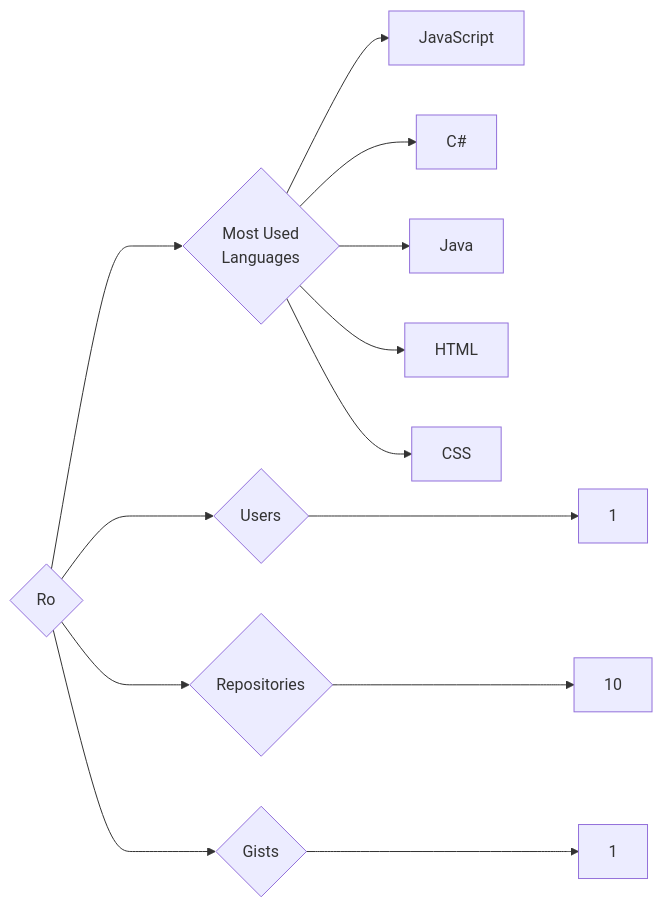
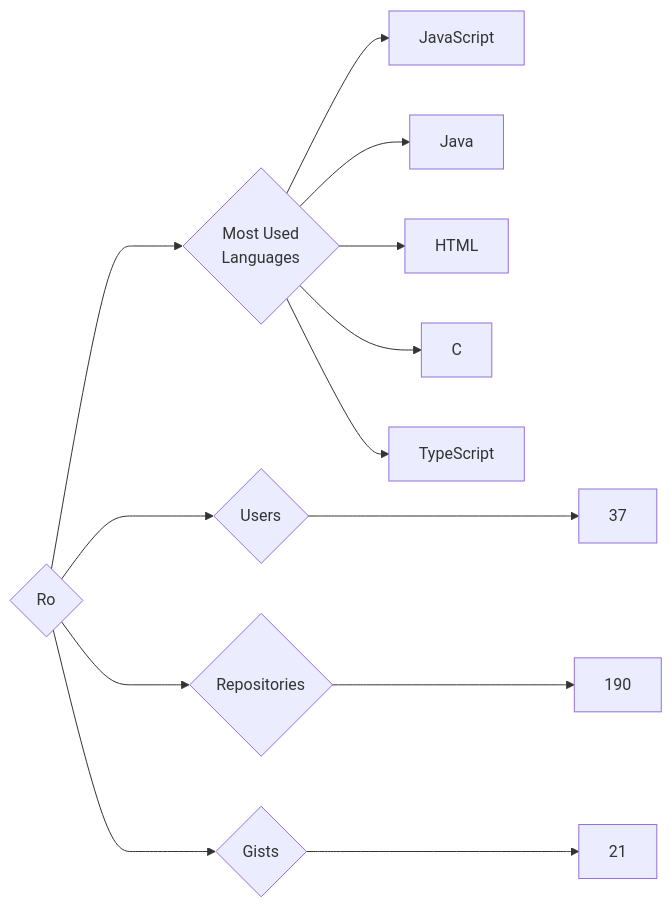
The diagram in targets/Ro/README.md (trickest/insiders), drawn with Mermaid before and after one commit. The commit also changed 695 other files, not shown here.

````diff
--- a/targets/Ro/README.md
+++ b/targets/Ro/README.md
@@ -3,13 +3,13 @@
 ```mermaid
 graph LR
 COMPANY_NAME{Ro}
-COMPANY_NAME ---> U{Users} ---> UN[1]
-COMPANY_NAME ---> R{Repositories} ---> RN[10]
-COMPANY_NAME ---> G{Gists} ---> GN[1]
+COMPANY_NAME ---> U{Users} ---> UN[37]
+COMPANY_NAME ---> R{Repositories} ---> RN[190]
+COMPANY_NAME ---> G{Gists} ---> GN[21]
 COMPANY_NAME ---> ML{Most Used<br>Languages}
 ML --> JavaScript[JavaScript]
-ML --> C#[C#]
 ML --> Java[Java]
 ML --> HTML[HTML]
-ML --> CSS[CSS]
+ML --> C[C]
+ML --> TypeScript[TypeScript]
 ```
````
